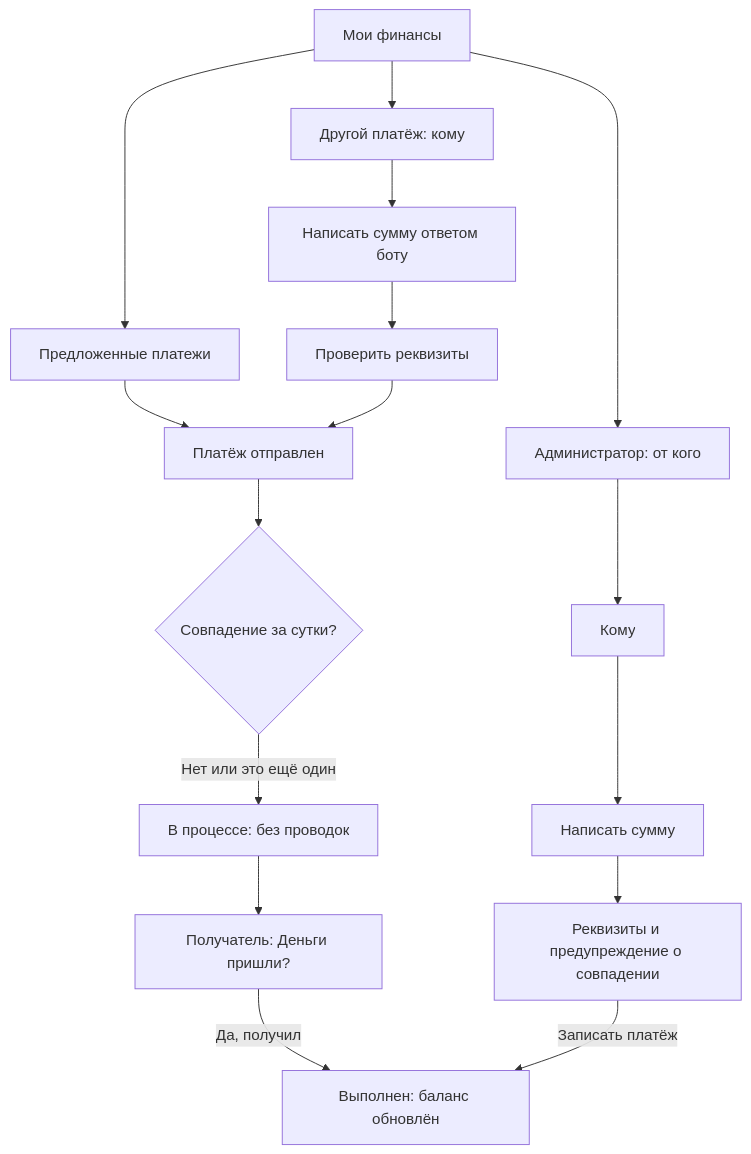
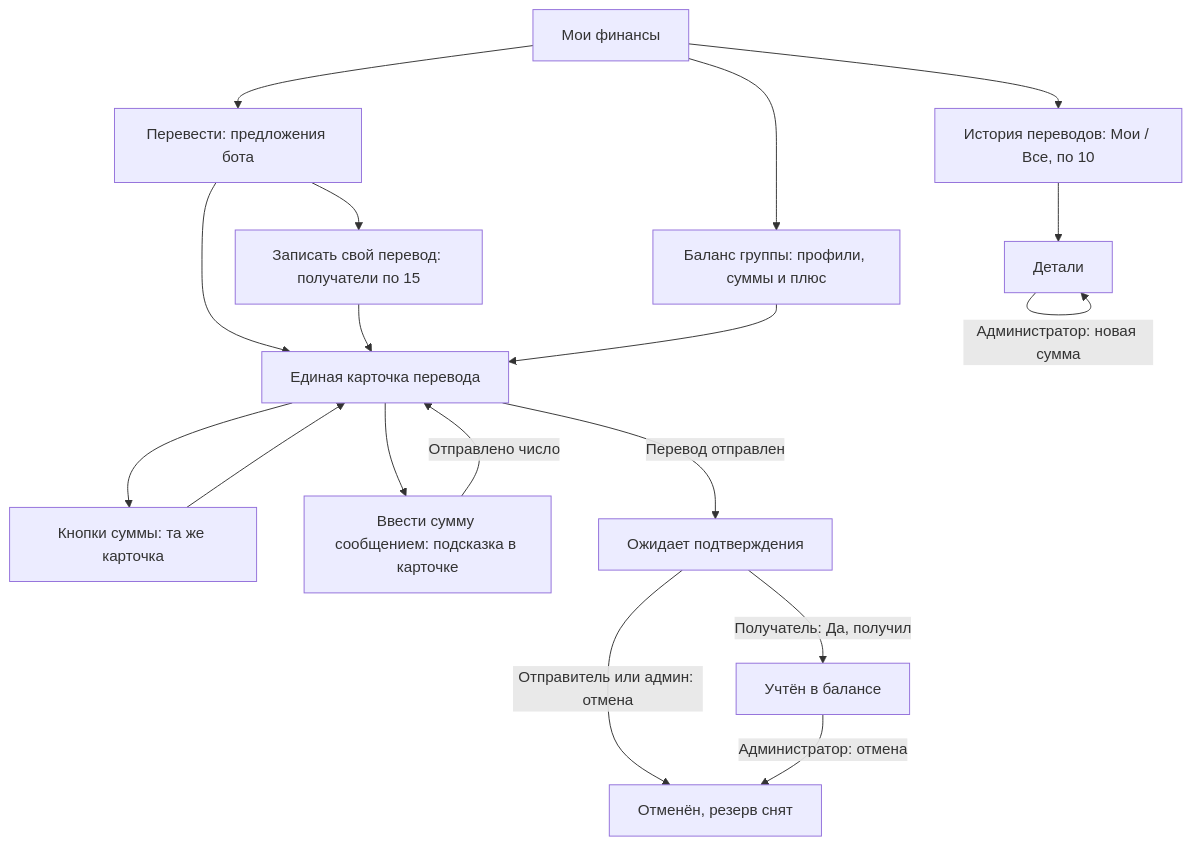
Before and after one commit to Romamor/tennis-split-bot: the third of 3 diagrams in docs/UI_FLOW_REVIEW.md, drawn with Mermaid. The commit also changed other lines of this file and 27 other files, not shown here.

Commit message:
Implement approved finance flow, transfer corrections and personal playing time

````diff
--- a/docs/UI_FLOW_REVIEW.md
+++ b/docs/UI_FLOW_REVIEW.md
@@ -121,18 +449,20 @@
 ```mermaid
 flowchart TD
-    Finance[Мои финансы] --> Suggested[Предложенные платежи]
-    Finance --> To[Другой платёж: кому]
-    To --> Amount[Написать сумму ответом боту]
-    Amount --> Review[Проверить реквизиты]
-    Suggested --> Sent[Платёж отправлен]
-    Review --> Sent
-    Sent --> Duplicate{Совпадение за сутки?}
-    Duplicate -->|Нет или это ещё один| Pending[В процессе: без проводок]
-    Pending --> Receipt[Получатель: Деньги пришли?]
-    Receipt -->|Да, получил| Posted[Выполнен: баланс обновлён]
-    Finance --> Admin[Администратор: от кого]
-    Admin --> AdminTo[Кому]
-    AdminTo --> AdminAmount[Написать сумму]
-    AdminAmount --> AdminReview[Реквизиты и предупреждение о совпадении]
-    AdminReview -->|Записать платёж| Posted
+    Finance[Мои финансы] --> Send[Перевести: предложения бота]
+    Send --> Own[Записать свой перевод: получатели по 15]
+    Finance --> Balance[Баланс группы: профили, суммы и плюс]
+    Send --> Draft[Единая карточка перевода]
+    Own --> Draft
+    Balance --> Draft
+    Draft --> Adjust[Кнопки суммы: та же карточка]
+    Adjust --> Draft
+    Draft --> Type[Ввести сумму сообщением: подсказка в карточке]
+    Type -->|Отправлено число| Draft
+    Draft -->|Перевод отправлен| Pending[Ожидает подтверждения]
+    Pending -->|Получатель: Да, получил| Posted[Учтён в балансе]
+    Pending -->|Отправитель или админ: отмена| Cancelled[Отменён, резерв снят]
+    Finance --> History[История переводов: Мои / Все, по 10]
+    History --> Detail[Детали]
+    Detail -->|Администратор: новая сумма| Detail
+    Posted -->|Администратор: отмена| Cancelled
 ```
````
